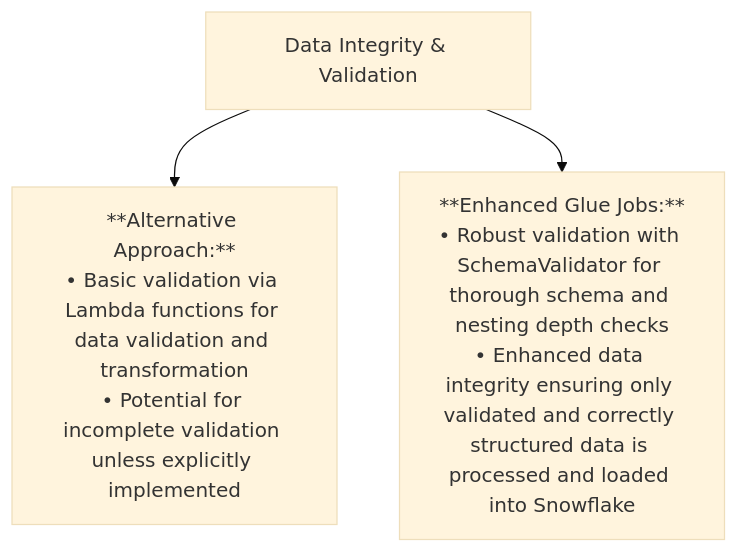
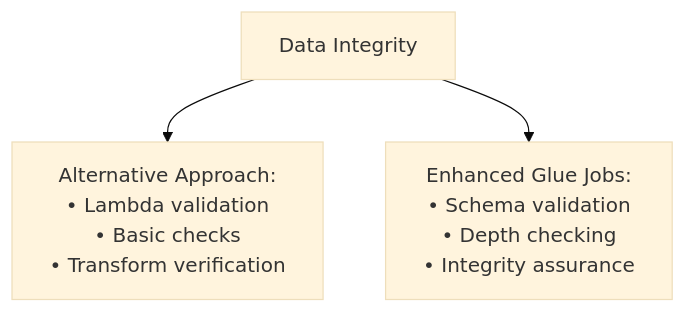
One commit to veronelazio/wezterm changed diagram 13 of 17 in mermaid.md. Above: the diagram before and after it, drawn with Mermaid (base theme). The commit also changed other lines of this file, not shown here.

````diff
--- a/mermaid.md
+++ b/mermaid.md
@@ -158,8 +124,5 @@
-``` mermaid
+```mermaid
 flowchart TD
-    %% Data Integrity & Validation
-    K1["Data Integrity & Validation"]
-    K1 --> K2["**Alternative Approach:**<br>• Basic validation via Lambda functions for data validation and transformation<br>• Potential for incomplete validation unless explicitly implemented"]
-    K1 --> K3["**Enhanced Glue Jobs:**<br>• Robust validation with SchemaValidator for thorough schema and nesting depth checks<br>• Enhanced data integrity ensuring only validated and correctly structured data is processed and loaded into Snowflake"]
-
+    K1["Data Integrity"] --> K2["Alternative Approach:<br/>• Lambda validation<br/>• Basic checks<br/>• Transform verification"]
+    K1 --> K3["Enhanced Glue Jobs:<br/>• Schema validation<br/>• Depth checking<br/>• Integrity assurance"]
 ```
````
